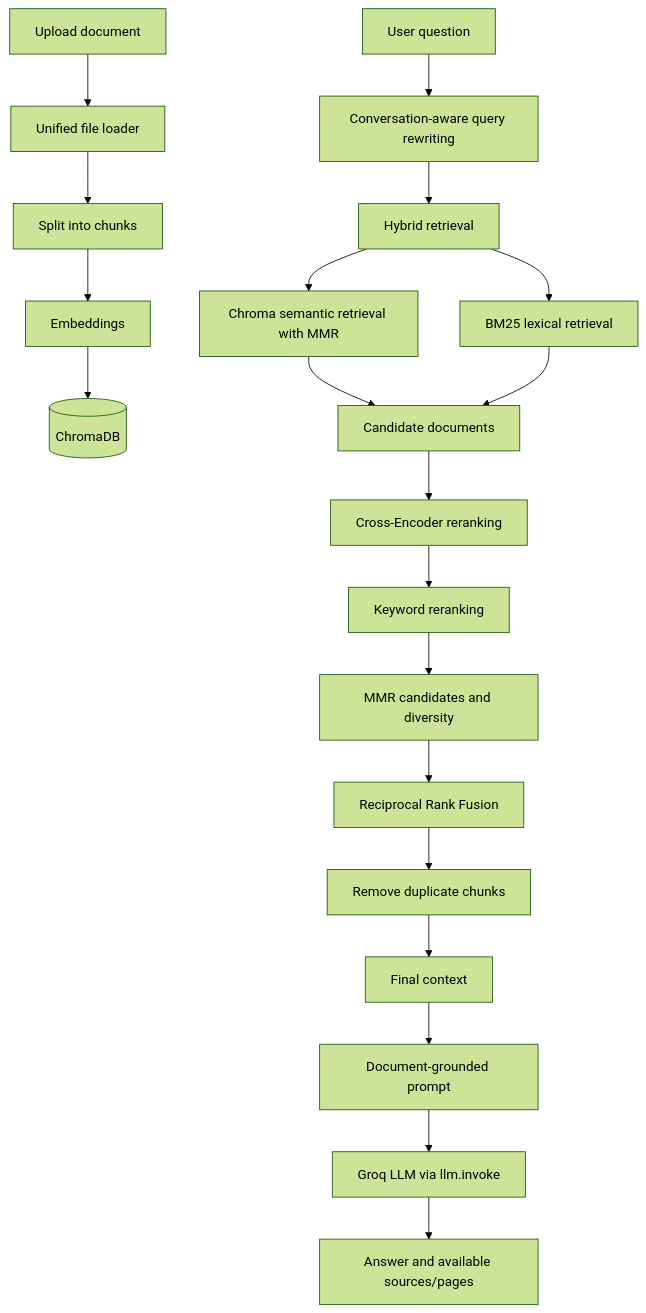
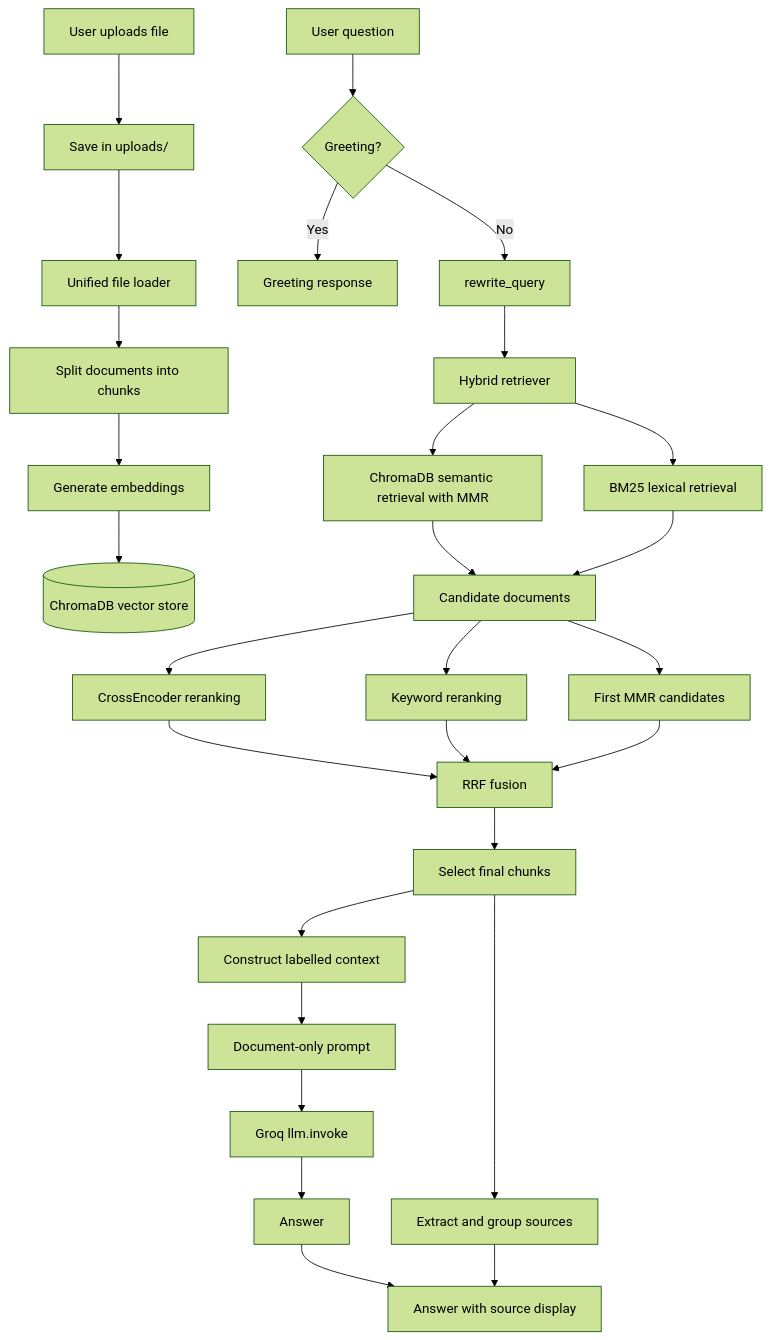
Before and after one commit to Jayasurya-C-0609/Rag_Chatbot: the diagram in README.md, drawn with Mermaid (forest theme). The commit also changed other lines of this file and 9 other files, not shown here.

````diff
--- a/README.md
+++ b/README.md
@@ -33,22 +34,31 @@
 ```mermaid
 flowchart TD
-    A[Upload document] --> B[Unified file loader]
-    B --> C[Split into chunks]
-    C --> D[Embeddings]
-    D --> E[(ChromaDB)]
-    Q[User question] --> R[Conversation-aware query rewriting]
-    R --> H[Hybrid retrieval]
-    H --> H1[Chroma semantic retrieval with MMR]
-    H --> H2[BM25 lexical retrieval]
-    H1 --> CAND[Candidate documents]
-    H2 --> CAND
-    CAND --> X[Cross-Encoder reranking]
-    X --> K[Keyword reranking]
-    K --> M[MMR candidates and diversity]
-    M --> F[Reciprocal Rank Fusion]
-    F --> U[Remove duplicate chunks]
-    U --> CTX[Final context]
-    CTX --> L[Document-grounded prompt]
-    L --> G[Groq LLM via llm.invoke]
-    G --> OUT[Answer and available sources/pages]
+    A[User uploads file] --> B[Save in uploads/]
+    B --> C[Unified file loader]
+    C --> D[Split documents into chunks]
+    D --> E[Generate embeddings]
+    E --> F[(ChromaDB vector store)]
+
+    Q[User question] --> G{Greeting?}
+    G -->|Yes| H[Greeting response]
+    G -->|No| I[rewrite_query]
+    I --> J[Hybrid retriever]
+    J --> J1[ChromaDB semantic retrieval with MMR]
+    J --> J2[BM25 lexical retrieval]
+    J1 --> K[Candidate documents]
+    J2 --> K
+    K --> L[CrossEncoder reranking]
+    K --> M[Keyword reranking]
+    K --> N[First MMR candidates]
+    L --> O[RRF fusion]
+    M --> O
+    N --> O
+    O --> P[Select final chunks]
+    P --> R[Construct labelled context]
+    R --> S[Document-only prompt]
+    S --> T[Groq llm.invoke]
+    T --> U[Answer]
+    P --> V[Extract and group sources]
+    U --> W[Answer with source display]
+    V --> W
 ```
````
